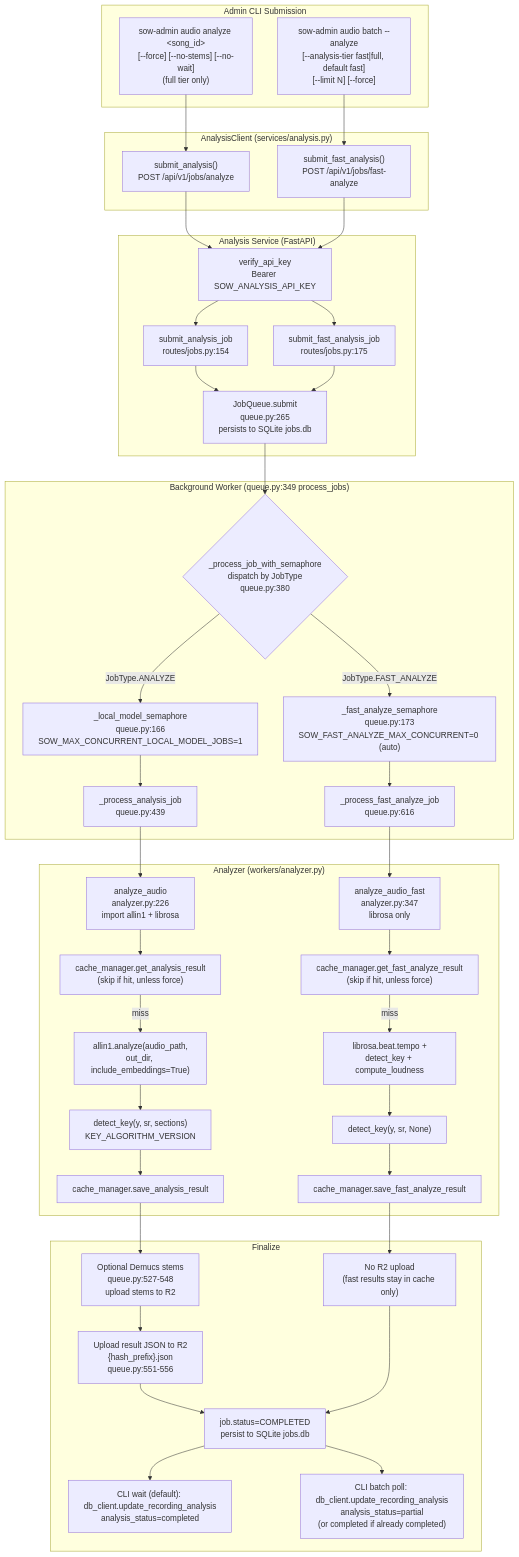
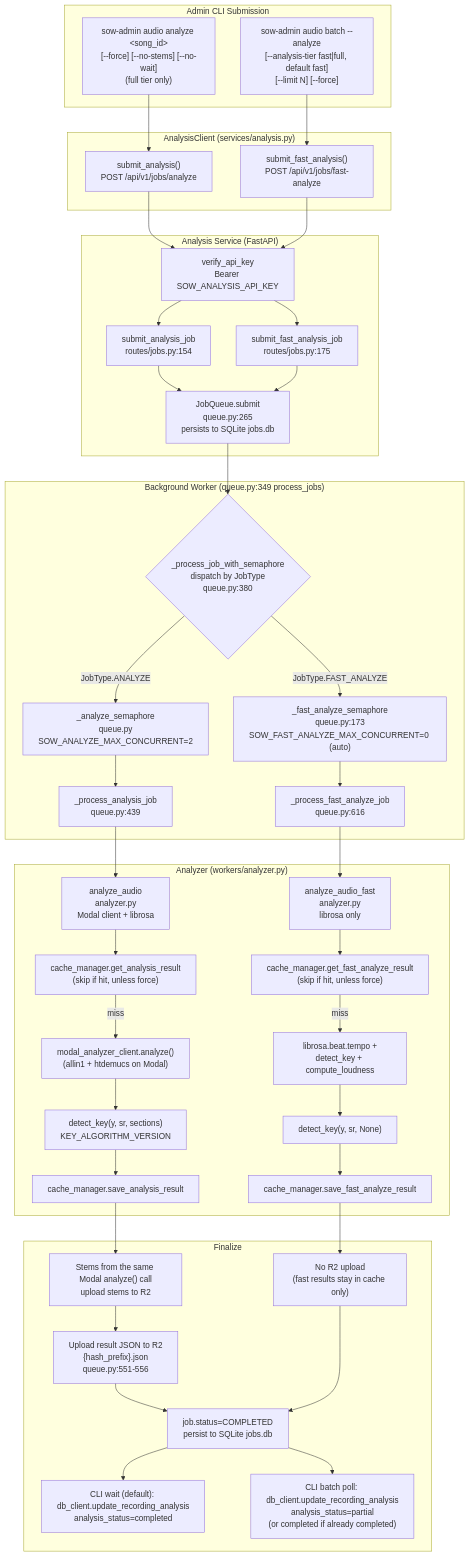
Before and after one commit to mhuang74/stream_of_worship: the diagram in docs/analyze-job-flow.md, drawn with Mermaid. The commit also changed other lines of this file and 35 other files, not shown here.

````diff
--- a/docs/analyze-job-flow.md
+++ b/docs/analyze-job-flow.md
@@ -23,80 +23,80 @@
 ```mermaid
 flowchart TD
     subgraph CLI["Admin CLI Submission"]
         A1["sow-admin audio analyze &lt;song_id&gt;<br/>[--force] [--no-stems] [--no-wait]<br/>(full tier only)"]
         A2["sow-admin audio batch --analyze<br/>[--analysis-tier fast|full, default fast]<br/>[--limit N] [--force]"]
     end
 
     subgraph HTTP["AnalysisClient (services/analysis.py)"]
         B1["submit_analysis()<br/>POST /api/v1/jobs/analyze"]
         B2["submit_fast_analysis()<br/>POST /api/v1/jobs/fast-analyze"]
     end
 
     subgraph Service["Analysis Service (FastAPI)"]
         C1["verify_api_key<br/>Bearer SOW_ANALYSIS_API_KEY"]
         D1["submit_analysis_job<br/>routes/jobs.py:154"]
         D2["submit_fast_analysis_job<br/>routes/jobs.py:175"]
         E["JobQueue.submit<br/>queue.py:265<br/>persists to SQLite jobs.db"]
     end
 
     subgraph Worker["Background Worker (queue.py:349 process_jobs)"]
         F{"_process_job_with_semaphore<br/>dispatch by JobType<br/>queue.py:380"}
-        G1["_local_model_semaphore<br/>queue.py:166<br/>SOW_MAX_CONCURRENT_LOCAL_MODEL_JOBS=1"]
+        G1["_analyze_semaphore<br/>queue.py<br/>SOW_ANALYZE_MAX_CONCURRENT=2"]
         G2["_fast_analyze_semaphore<br/>queue.py:173<br/>SOW_FAST_ANALYZE_MAX_CONCURRENT=0 (auto)"]
         H1["_process_analysis_job<br/>queue.py:439"]
         H2["_process_fast_analyze_job<br/>queue.py:616"]
     end
 
     subgraph Analyzer["Analyzer (workers/analyzer.py)"]
-        I1["analyze_audio<br/>analyzer.py:226<br/>import allin1 + librosa"]
-        I2["analyze_audio_fast<br/>analyzer.py:347<br/>librosa only"]
+        I1["analyze_audio<br/>analyzer.py<br/>Modal client + librosa"]
+        I2["analyze_audio_fast<br/>analyzer.py<br/>librosa only"]
         I1a["cache_manager.get_analysis_result<br/>(skip if hit, unless force)"]
         I2a["cache_manager.get_fast_analyze_result<br/>(skip if hit, unless force)"]
-        I1b["allin1.analyze(audio_path,<br/>out_dir, include_embeddings=True)"]
+        I1b["modal_analyzer_client.analyze()<br/>(allin1 + htdemucs on Modal)"]
         I2b["librosa.beat.tempo +<br/>detect_key + compute_loudness"]
         I1c["detect_key(y, sr, sections)<br/>KEY_ALGORITHM_VERSION"]
         I2c["detect_key(y, sr, None)"]
         I1d["cache_manager.save_analysis_result"]
         I2d["cache_manager.save_fast_analyze_result"]
     end
 
     subgraph Finalize["Finalize"]
-        J1["Optional Demucs stems<br/>queue.py:527-548<br/>upload stems to R2"]
+        J1["Stems from the same Modal analyze() call<br/>upload stems to R2"]
         K1["Upload result JSON to R2<br/>{hash_prefix}.json<br/>queue.py:551-556"]
         K2["No R2 upload<br/>(fast results stay in cache only)"]
         L["job.status=COMPLETED<br/>persist to SQLite jobs.db"]
         M1["CLI wait (default): db_client.update_recording_analysis<br/>analysis_status=completed"]
         M2["CLI batch poll: db_client.update_recording_analysis<br/>analysis_status=partial<br/>(or completed if already completed)"]
     end
 
     A1 --> B1
     A2 --> B2
     B1 --> C1
     B2 --> C1
     C1 --> D1
     C1 --> D2
     D1 --> E
     D2 --> E
     E --> F
     F -->|JobType.ANALYZE| G1
     F -->|JobType.FAST_ANALYZE| G2
     G1 --> H1
     G2 --> H2
     H1 --> I1
     H2 --> I2
     I1 --> I1a
     I2 --> I2a
     I1a -->|miss| I1b
     I2a -->|miss| I2b
     I1b --> I1c
     I2b --> I2c
     I1c --> I1d
     I2c --> I2d
     I1d --> J1
     J1 --> K1
     I2d --> K2
     K1 --> L
     K2 --> L
     L --> M1
     L --> M2
 ```
````
